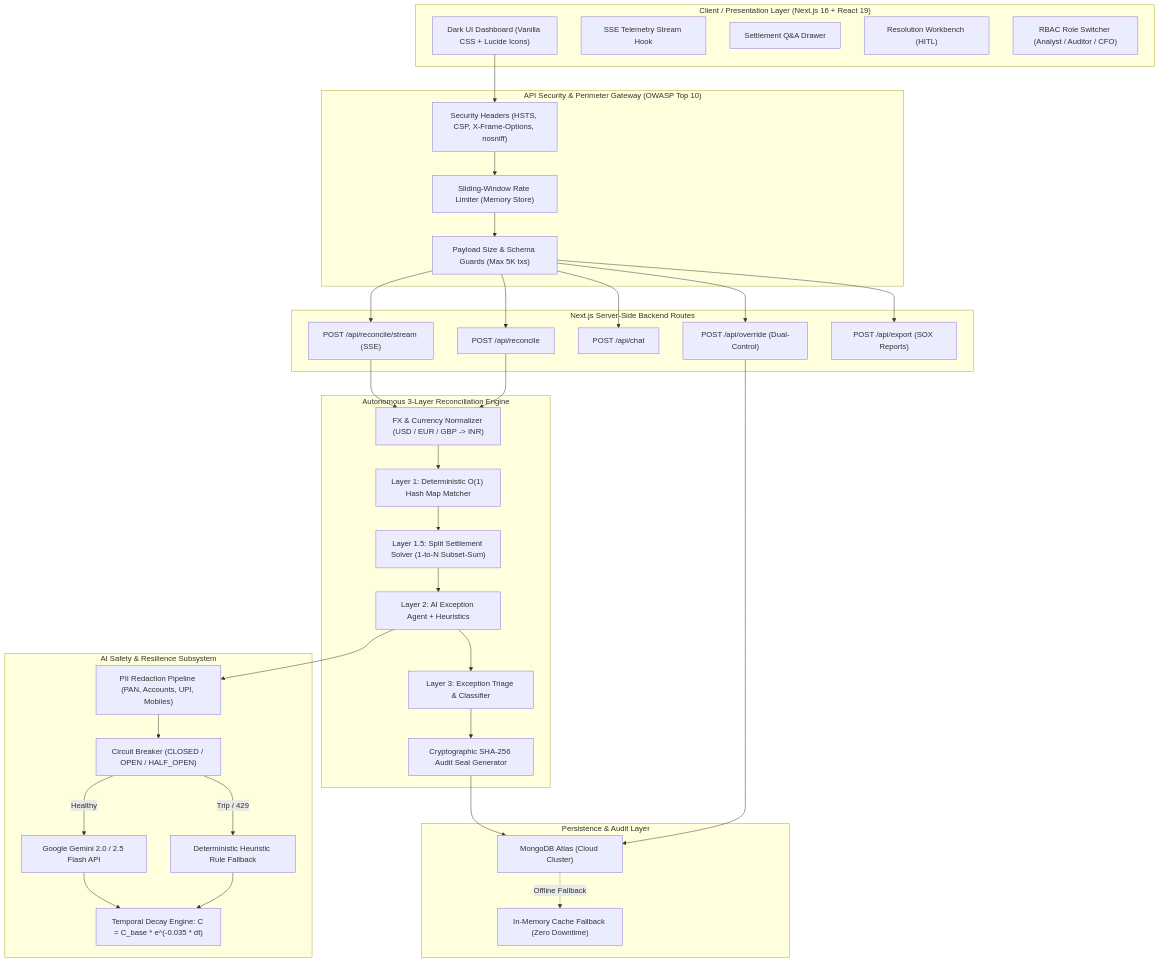
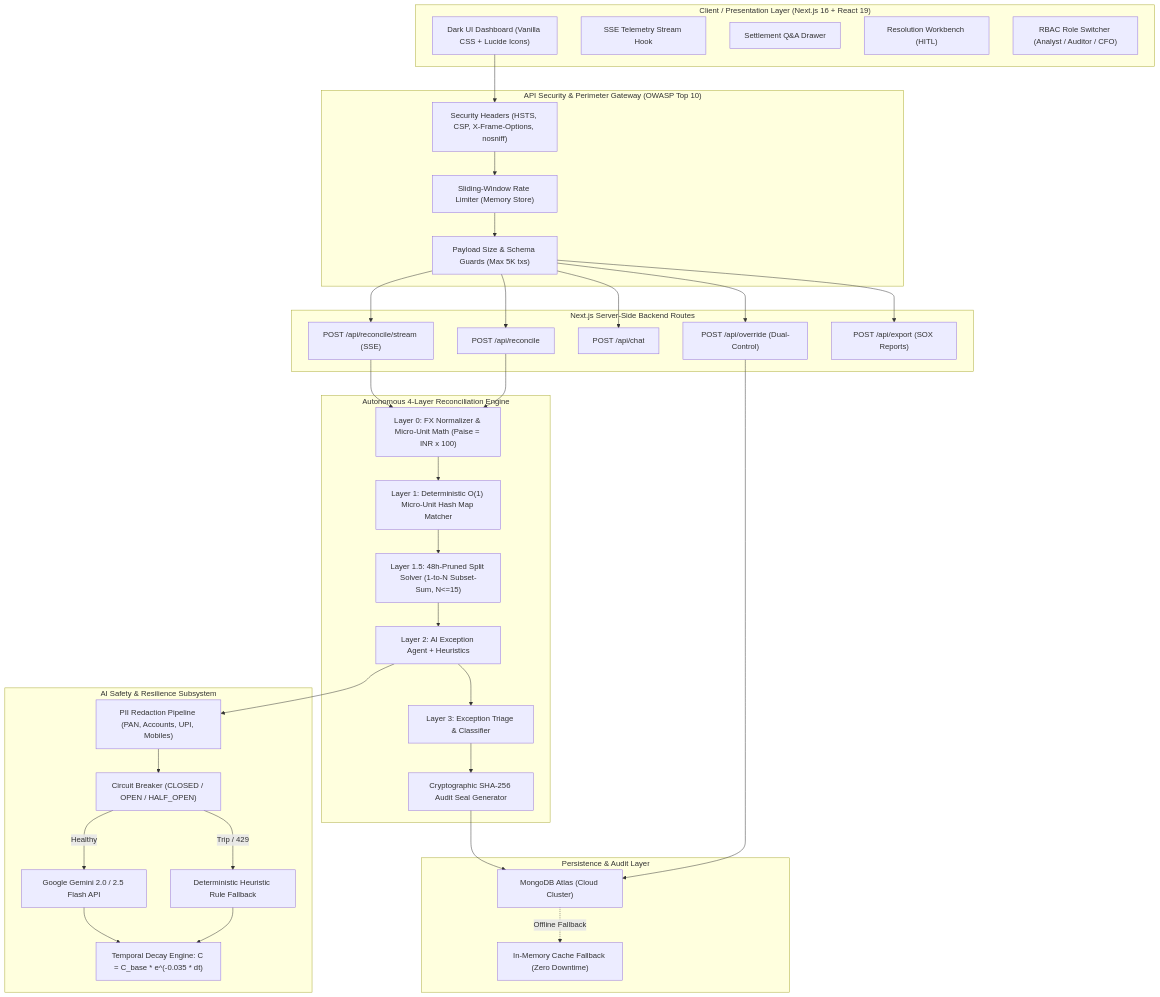
One commit to Prem6232/Ai-Finance-Controller changed the first of 4 diagrams in ARCHITECTURE.md. Above: the diagram before and after it, drawn with Mermaid. The commit also changed 1 other file, not shown here.

Commit message:
feat(engine): add micro-unit (Paise) integer math engine & 48-hour pruned combinatorial solver
- Implemented toPaise() and fromPaise() integer micro-unit helpers to prevent IEEE-754 floating-point drift
- Enforced integer micro-unit exact matching in Layer 1 deterministic lookup
- Added 48-hour timestamp window pruning and subset cap (N <= 15) in Layer 1.5 split settlement solver
- Updated ARCHITECTURE.md system design diagrams to document Layer 0 micro-unit engine and pruned split solver

````diff
--- a/ARCHITECTURE.md
+++ b/ARCHITECTURE.md
@@ -9,63 +9,63 @@
 ```mermaid
 graph TB
     subgraph ClientLayer ["Client / Presentation Layer (Next.js 16 + React 19)"]
         UI["Dark UI Dashboard (Vanilla CSS + Lucide Icons)"]
         SSEHook["SSE Telemetry Stream Hook"]
         ChatUI["Settlement Q&A Drawer"]
         Workbench["Resolution Workbench (HITL)"]
         RoleSelector["RBAC Role Switcher (Analyst / Auditor / CFO)"]
     end
 
     subgraph SecurityGateway ["API Security & Perimeter Gateway (OWASP Top 10)"]
         Headers["Security Headers (HSTS, CSP, X-Frame-Options, nosniff)"]
         Limiter["Sliding-Window Rate Limiter (Memory Store)"]
         Guard["Payload Size & Schema Guards (Max 5K txs)"]
     end
 
     subgraph APILayer ["Next.js Server-Side Backend Routes"]
         R_Reconcile["POST /api/reconcile"]
         R_Stream["POST /api/reconcile/stream (SSE)"]
         R_Chat["POST /api/chat"]
         R_Override["POST /api/override (Dual-Control)"]
         R_Export["POST /api/export (SOX Reports)"]
     end
 
-    subgraph CoreEngine ["Autonomous 3-Layer Reconciliation Engine"]
-        Normalizer["FX & Currency Normalizer (USD / EUR / GBP -> INR)"]
-        L1["Layer 1: Deterministic O(1) Hash Map Matcher"]
-        L15["Layer 1.5: Split Settlement Solver (1-to-N Subset-Sum)"]
+    subgraph CoreEngine ["Autonomous 4-Layer Reconciliation Engine"]
+        Normalizer["Layer 0: FX Normalizer & Micro-Unit Math (Paise = INR x 100)"]
+        L1["Layer 1: Deterministic O(1) Micro-Unit Hash Map Matcher"]
+        L15["Layer 1.5: 48h-Pruned Split Solver (1-to-N Subset-Sum, N<=15)"]
         L2["Layer 2: AI Exception Agent + Heuristics"]
         L3["Layer 3: Exception Triage & Classifier"]
         Sealer["Cryptographic SHA-256 Audit Seal Generator"]
     end
 
     subgraph AISecurity ["AI Safety & Resilience Subsystem"]
         PII["PII Redaction Pipeline (PAN, Accounts, UPI, Mobiles)"]
         CB["Circuit Breaker (CLOSED / OPEN / HALF_OPEN)"]
         Gemini["Google Gemini 2.0 / 2.5 Flash API"]
         LocalHeuristic["Deterministic Heuristic Rule Fallback"]
         Decay["Temporal Decay Engine: C = C_base * e^(-0.035 * dt)"]
     end
 
     subgraph DataStorage ["Persistence & Audit Layer"]
         Mongo["MongoDB Atlas (Cloud Cluster)"]
         MemDB["In-Memory Cache Fallback (Zero Downtime)"]
     end
 
     %% Connections
     UI --> Headers
     Headers --> Limiter --> Guard
     Guard --> R_Reconcile & R_Stream & R_Chat & R_Override & R_Export
 
     R_Stream & R_Reconcile --> Normalizer
     Normalizer --> L1 --> L15 --> L2 --> L3 --> Sealer
 
     L2 --> PII --> CB
     CB -- "Healthy" --> Gemini
     CB -- "Trip / 429" --> LocalHeuristic
     Gemini & LocalHeuristic --> Decay
 
     Sealer --> Mongo
     Mongo -. "Offline Fallback" .-> MemDB
     R_Override --> Mongo
 ```
````
